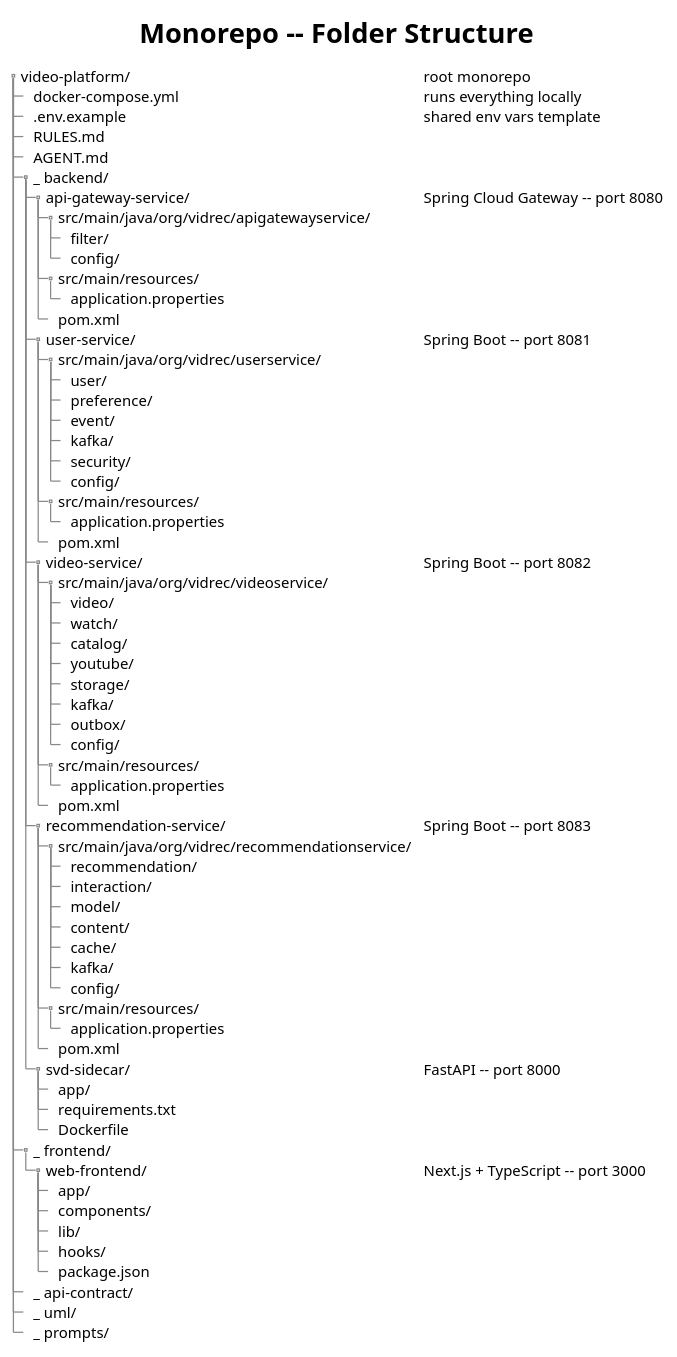
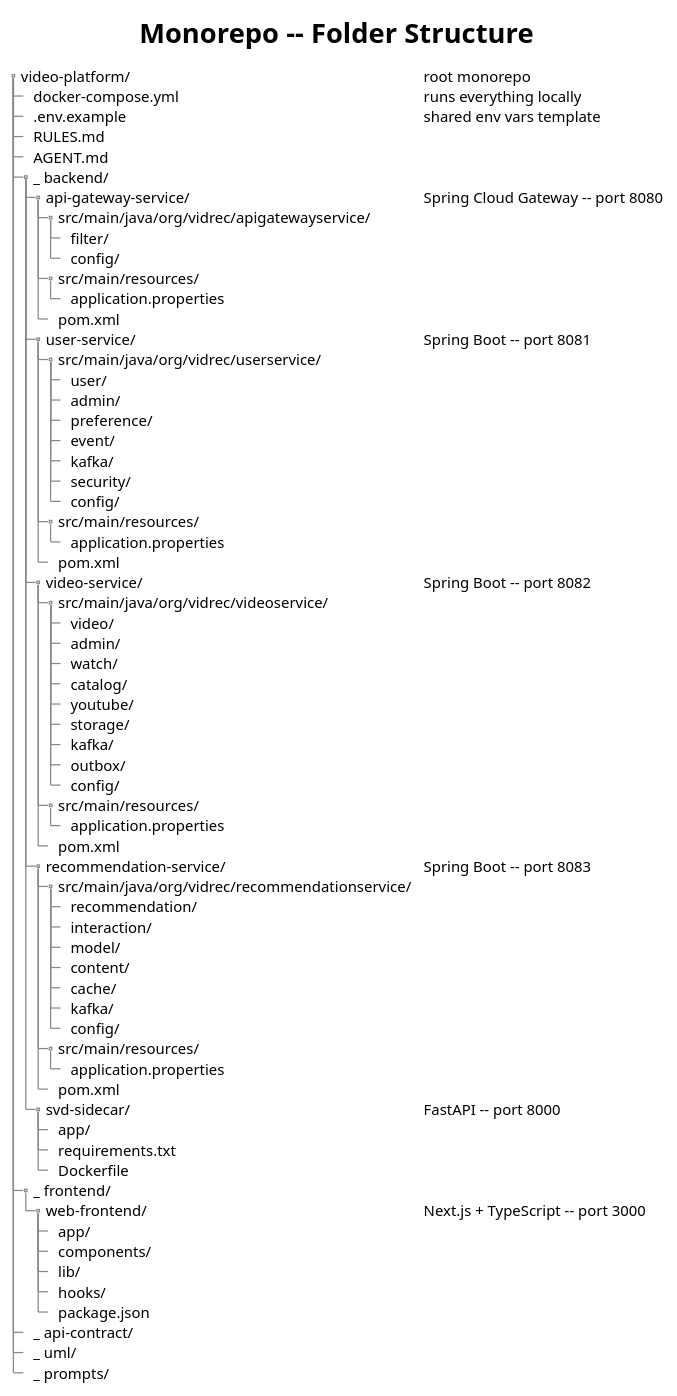
The diagram in uml/09_folder_structure.puml (AmnsAmr/recommendation_sys), drawn with PlantUML before and after one commit. The commit also changed 51 other files, not shown here.

Commit message:
added admin to uml diagrams and added admin endpoints to video-service and user-service

```diff
--- a/uml/09_folder_structure.puml
+++ b/uml/09_folder_structure.puml
@@ -1,76 +1,78 @@
 @startuml Monorepo Folder Structure
 !theme plain
 skinparam backgroundColor #FFFFFF
 skinparam defaultFontName Arial
 
 title Monorepo -- Folder Structure
 
 salt
 {
   {T
     + video-platform/                   | root monorepo
     ++ docker-compose.yml               | runs everything locally
     ++ .env.example                     | shared env vars template
     ++ RULES.md
     ++ AGENT.md
     ++_ backend/
     +++ api-gateway-service/            | Spring Cloud Gateway -- port 8080
     ++++ src/main/java/org/vidrec/apigatewayservice/
     +++++ filter/
     +++++ config/
     ++++ src/main/resources/
     +++++ application.properties
     ++++ pom.xml
     +++ user-service/                   | Spring Boot -- port 8081
     ++++ src/main/java/org/vidrec/userservice/
     +++++ user/
+    +++++ admin/
     +++++ preference/
     +++++ event/
     +++++ kafka/
     +++++ security/
     +++++ config/
     ++++ src/main/resources/
     +++++ application.properties
     ++++ pom.xml
     +++ video-service/                  | Spring Boot -- port 8082
     ++++ src/main/java/org/vidrec/videoservice/
     +++++ video/
+    +++++ admin/
     +++++ watch/
     +++++ catalog/
     +++++ youtube/
     +++++ storage/
     +++++ kafka/
     +++++ outbox/
     +++++ config/
     ++++ src/main/resources/
     +++++ application.properties
     ++++ pom.xml
     +++ recommendation-service/         | Spring Boot -- port 8083
     ++++ src/main/java/org/vidrec/recommendationservice/
     +++++ recommendation/
     +++++ interaction/
     +++++ model/
     +++++ content/
     +++++ cache/
     +++++ kafka/
     +++++ config/
     ++++ src/main/resources/
     +++++ application.properties
     ++++ pom.xml
     +++ svd-sidecar/                    | FastAPI -- port 8000
     ++++ app/
     ++++ requirements.txt
     ++++ Dockerfile
     ++_ frontend/
     +++ web-frontend/                   | Next.js + TypeScript -- port 3000
     ++++ app/
     ++++ components/
     ++++ lib/
     ++++ hooks/
     ++++ package.json
     ++_ api-contract/
     ++_ uml/
     ++_ prompts/
   }
 }
 @enduml
```
